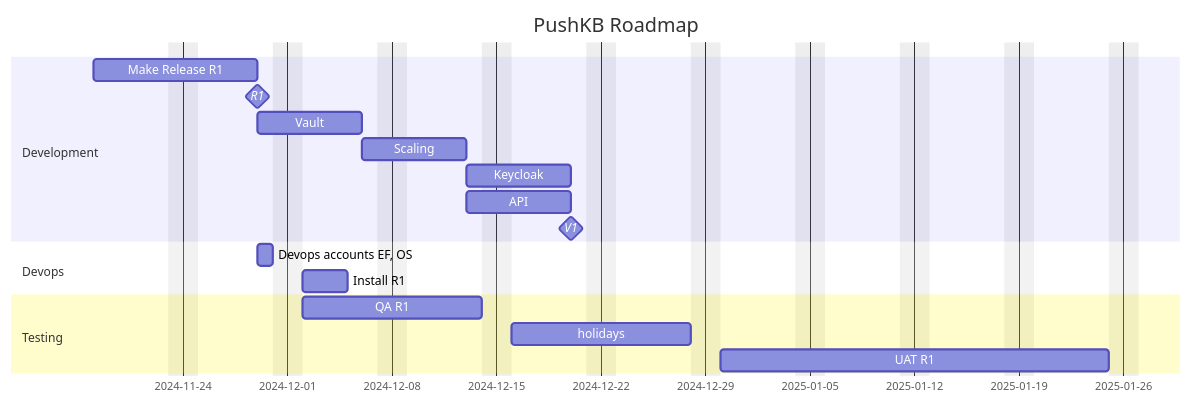
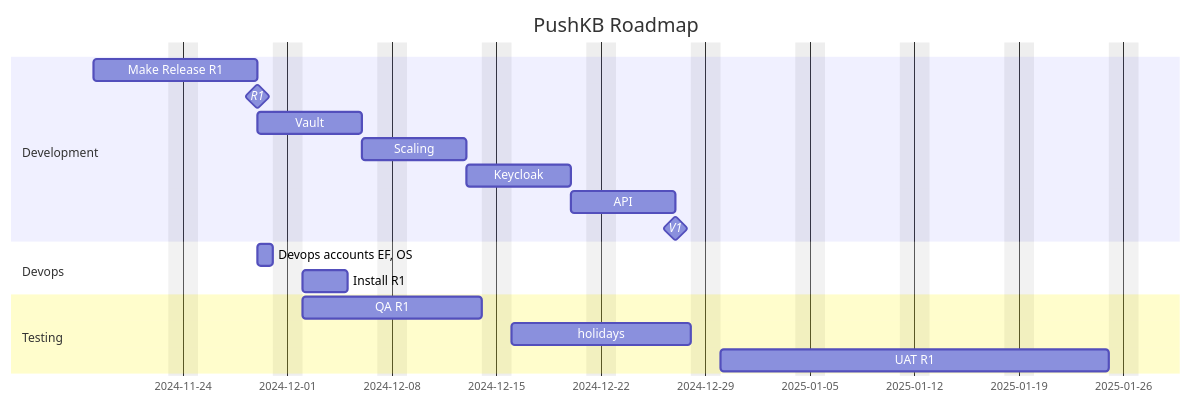
One commit to julianladisch/pushkb changed the diagram in docs/roadmap.md. Above: the diagram before and after it, drawn with Mermaid.

Commit message:
chore: updated roadmap

````diff
--- a/docs/roadmap.md
+++ b/docs/roadmap.md
@@ -3,25 +3,25 @@
 ```mermaid
 gantt
     title PushKB Roadmap
     dateFormat  YYYY-MM-DD
     excludes    weekends
 
     section Development
     Make Release R1                  :t3-0, 2024-11-18, 9d
     R1                               :milestone, after t3-0, 0d
     Vault                            :t3-1, after t3-0, 5d
     Scaling                          :t3-2, after t3-1, 5d
     Keycloak                         :t3-3, after t3-2, 5d
-    API                              :t3-4, after t3-2, 5d
+    API                              :t3-4, after t3-3, 5d
 		V1                               :milestone, after t3-4, 0d
 
     section Devops
     Devops accounts EF, OS           :t4-1, after t3-0, 1d
     Install R1                       :t4-2, after t4-1, 3d
 
     section Testing
     QA R1                            :t5-1, after t4-1, 10d
     holidays                         :t5-2, after t5-1, 10d
     UAT R1                           :t5-3, after t5-2, 20d
 
 ```
````
